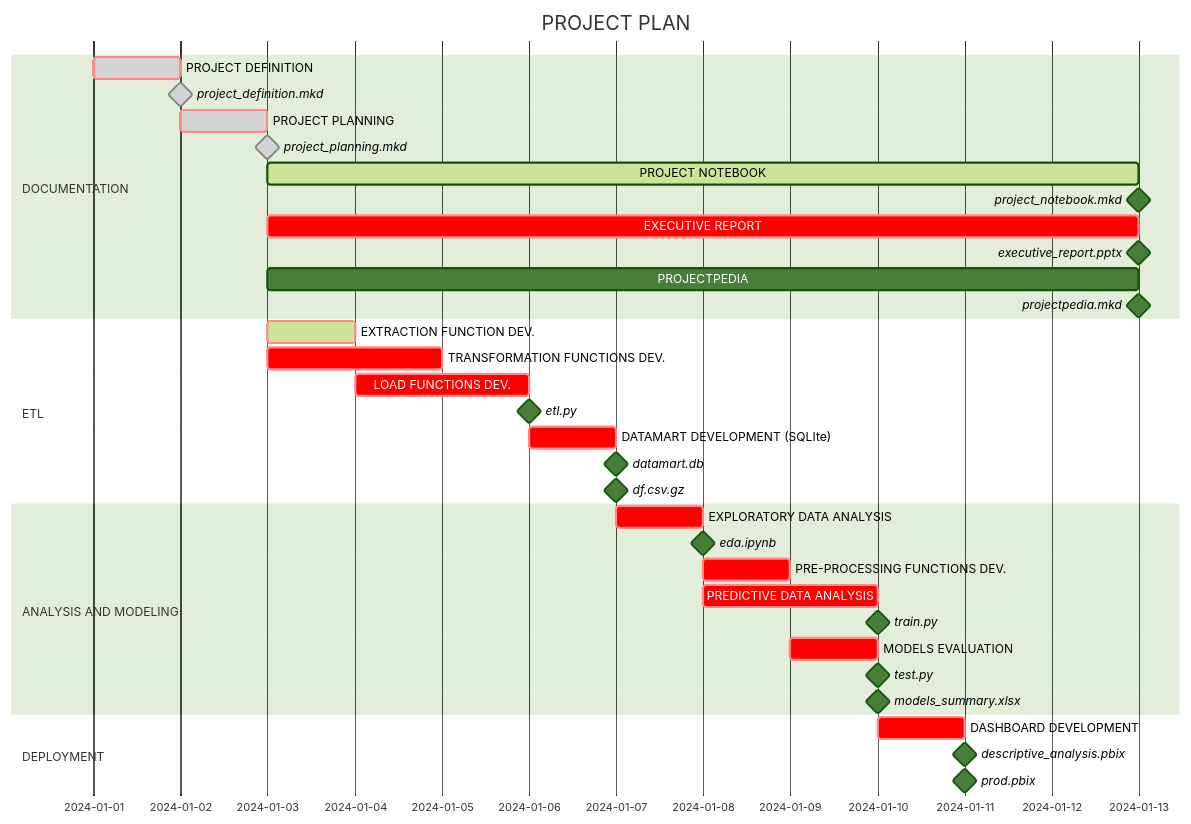
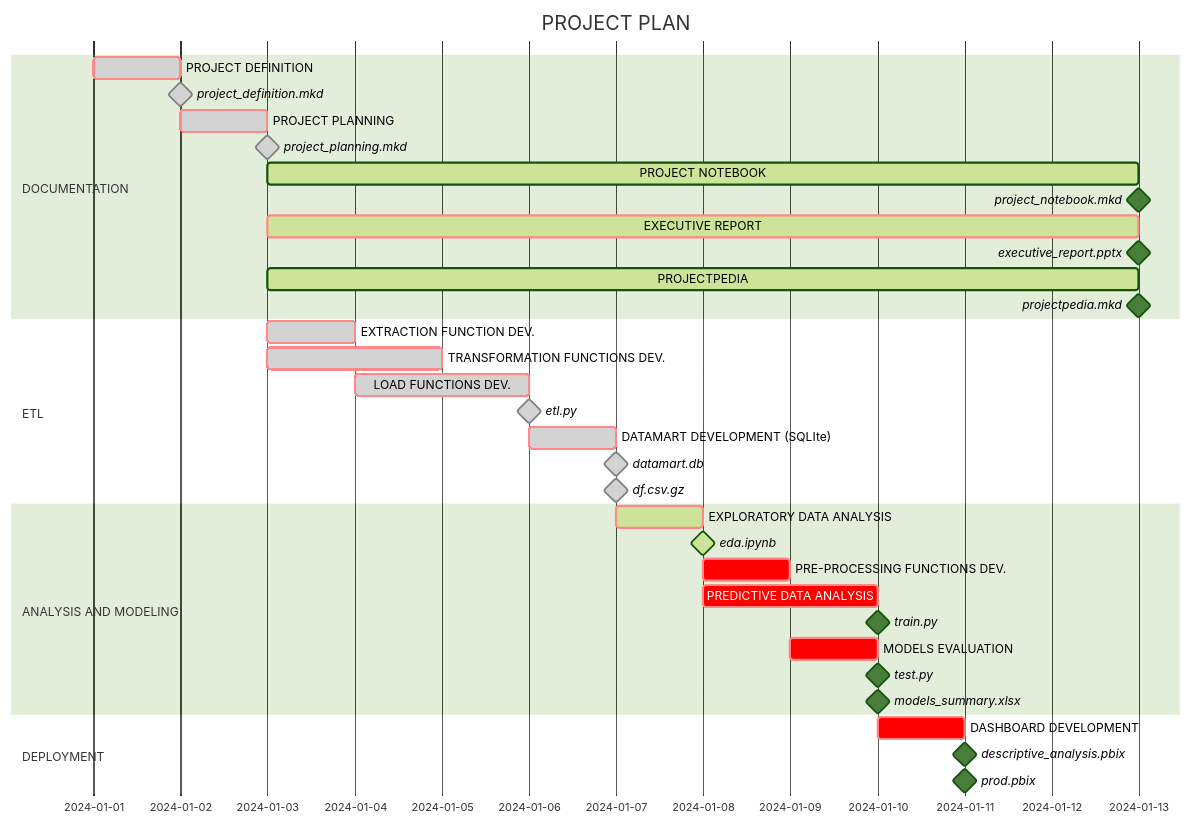
The diagram in docs/project_planning.mkd (zapallo-droid-ca/2023_WDI_ts_GDP_forecasting), drawn with Mermaid (forest theme) before and after one commit. The commit also changed other lines of this file, not shown here.

````diff
--- a/docs/project_planning.mkd
+++ b/docs/project_planning.mkd
@@ -41,42 +41,42 @@
 ```mermaid renderAs=mermaid
 gantt
        dateFormat  YYYY-MM-DD
        title PROJECT PLAN
 
        section DOCUMENTATION
        PROJECT DEFINITION            :crit,      done, des01, 2024-01-01 , 1d
 	   project_definition.mkd        :milestone, done,        after des01, 0d
        PROJECT PLANNING              :crit,      done, des02, after des01, 1d
 	   project_planning.mkd          :milestone, done,        after des02, 0d
        PROJECT NOTEBOOK              :active,  		   des03, after des02, 10d
 	   project_notebook.mkd			 :milestone,            , after des03, 0d
-       EXECUTIVE REPORT              :crit,            des04, after des02, 10d
+       EXECUTIVE REPORT              :crit, active,        des04, after des02, 10d
 	   executive_report.pptx         :milestone,            , after des04, 0d
-	   PROJECTPEDIA					 :			 	   des14, after des02, 10d
+       PROJECTPEDIA		     :active,		 	   des14, after des02, 10d
 	   projectpedia.mkd			 :milestone, 	        , after des14, 0d
 
        section ETL
-       EXTRACTION FUNCTION DEV. 	 :crit, active,    des05, after des02, 1d
-       TRANSFORMATION FUNCTIONS DEV. :crit,            des06, after des02, 2d
-	   LOAD FUNCTIONS DEV.			 :crit,            des07, after des05, 2d
-	   etl.py						 :milestone,            , after des07, 0d
-	   DATAMART DEVELOPMENT (SQLIte) :crit,            des08, after des07, 1d
-	   datamart.db                   :milestone,            , after des08, 0d
-	   df.csv.gz	                 :milestone,            , after des08, 0d
+       EXTRACTION FUNCTION DEV. 	 :crit, done,    des05, after des02, 1d
+       TRANSFORMATION FUNCTIONS DEV.     :crit, done,    des06, after des02, 2d
+	   LOAD FUNCTIONS DEV.		 :crit, done,    des07, after des05, 2d
+	   etl.py			 :milestone, done,  after des07, 0d
+	   DATAMART DEVELOPMENT (SQLIte) :crit, done,    des08, after des07, 1d
+	   datamart.db                   :milestone, done  , after des08, 0d
+	   df.csv.gz	                 :milestone, done  , after des08, 0d
 
        section ANALYSIS AND MODELING
-       EXPLORATORY DATA ANALYSIS     :crit,            des09, after des08, 1d
-	   eda.ipynb                     :milestone,            , after des09, 0d
+       EXPLORATORY DATA ANALYSIS     :crit, active,            des09, after des08, 1d
+	   eda.ipynb                     :milestone, active         , after des09, 0d
 	   PRE-PROCESSING FUNCTIONS DEV. :crit,            des10, after des09, 1d
 	   PREDICTIVE DATA ANALYSIS      :crit,            des11, after des09, 2d
 	   train.py                      :milestone,            , after des11, 0d
 	   MODELS EVALUATION             :crit,            des12, after des10, 1d
 	   test.py                       :milestone,            , after des12, 0d
 	   models_summary.xlsx           :milestone,            , after des12, 0d
 	   
 	   section DEPLOYMENT
        DASHBOARD DEVELOPMENT         :crit,            des13, after des12, 1d
 	   descriptive_analysis.pbix     :milestone,            , after des13, 0d
 	   prod.pbix                     :milestone,            , after des13, 0d
 	   
 ```
````
